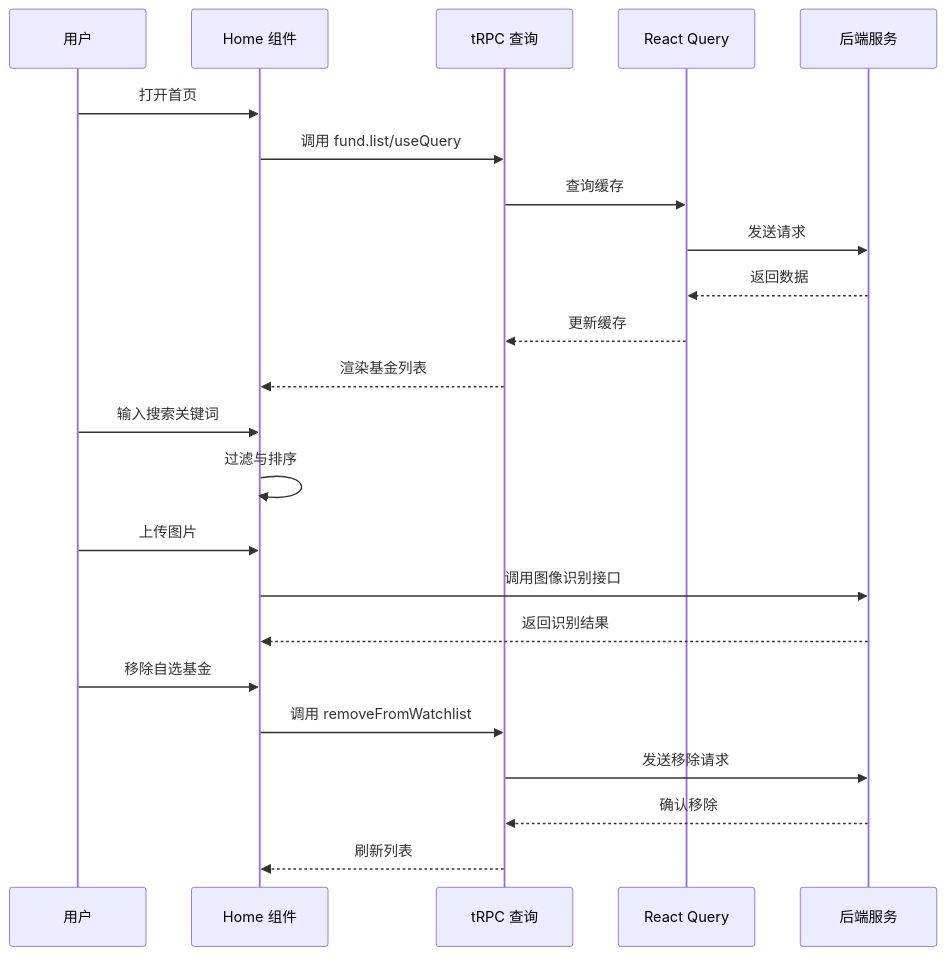
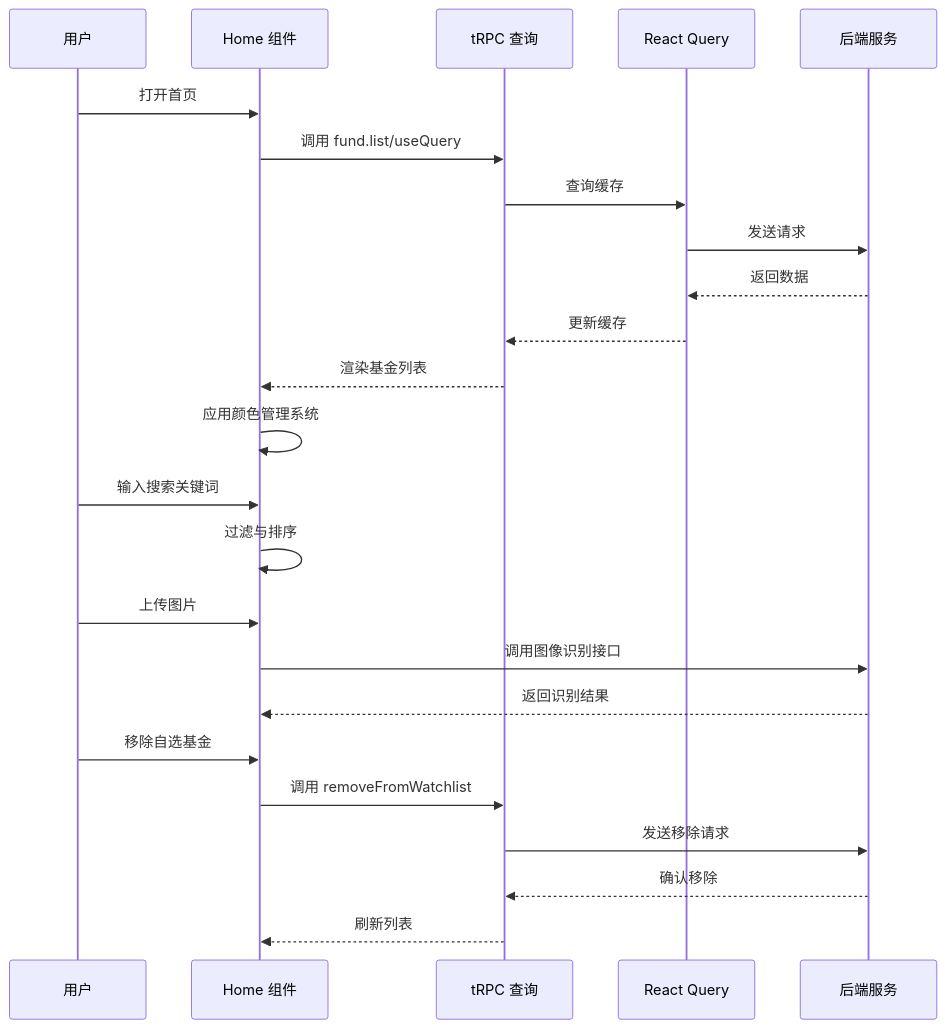
Before and after one commit to youkell85/FundTrader: the third of 14 diagrams in .qoder/repowiki/zh/content/前端应用文档/前端应用文档.md, drawn with Mermaid. The commit also changed other lines of this file and 11 other files, not shown here.

````diff
--- a/.qoder/repowiki/zh/content/前端应用文档/前端应用文档.md
+++ b/.qoder/repowiki/zh/content/前端应用文档/前端应用文档.md
@@ -151,25 +172,26 @@
 ```mermaid
 sequenceDiagram
 participant U as 用户
 participant H as Home 组件
 participant T as tRPC 查询
 participant R as React Query
 participant S as 后端服务
 U->>H : 打开首页
 H->>T : 调用 fund.list/useQuery
 T->>R : 查询缓存
 R->>S : 发送请求
 S-->>R : 返回数据
 R-->>T : 更新缓存
 T-->>H : 渲染基金列表
+H->>H : 应用颜色管理系统
 U->>H : 输入搜索关键词
 H->>H : 过滤与排序
 U->>H : 上传图片
 H->>S : 调用图像识别接口
 S-->>H : 返回识别结果
 U->>H : 移除自选基金
 H->>T : 调用 removeFromWatchlist
 T->>S : 发送移除请求
 S-->>T : 确认移除
 T-->>H : 刷新列表
 ```
````
